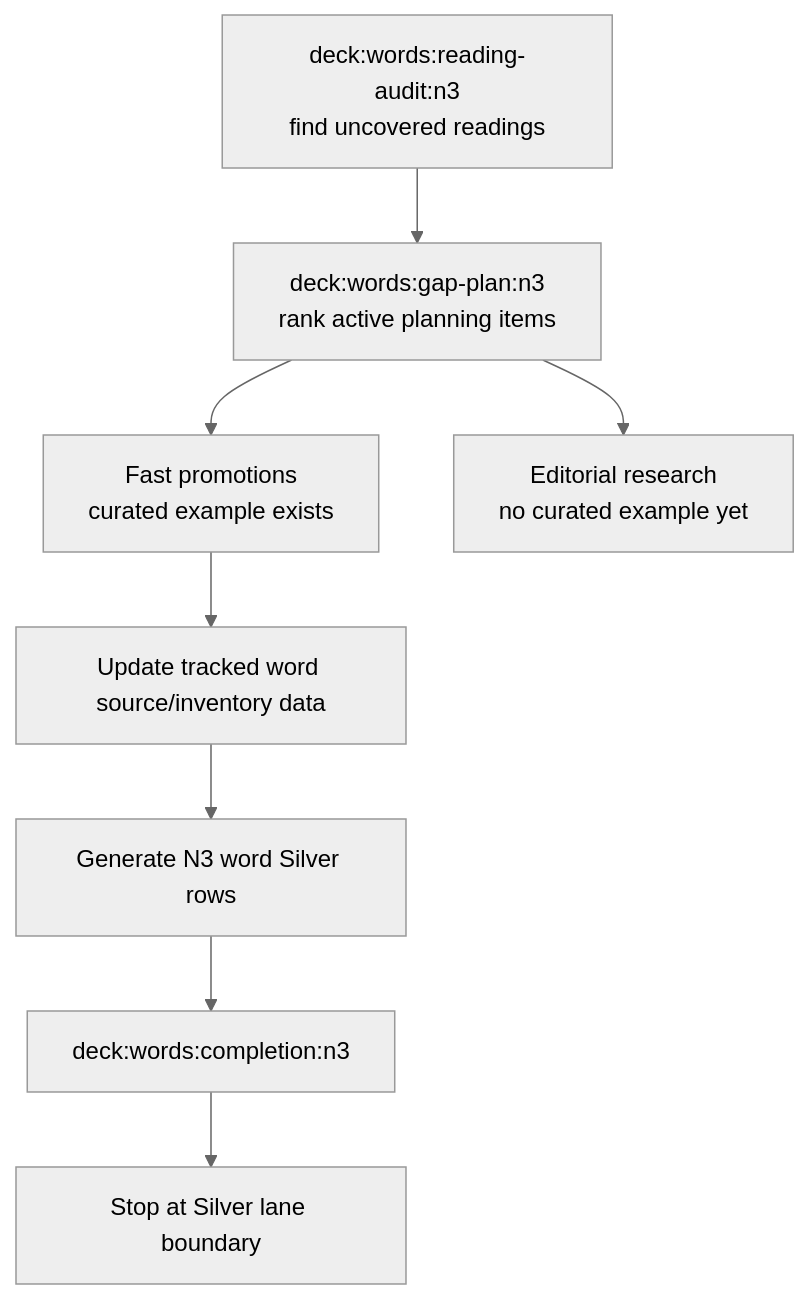
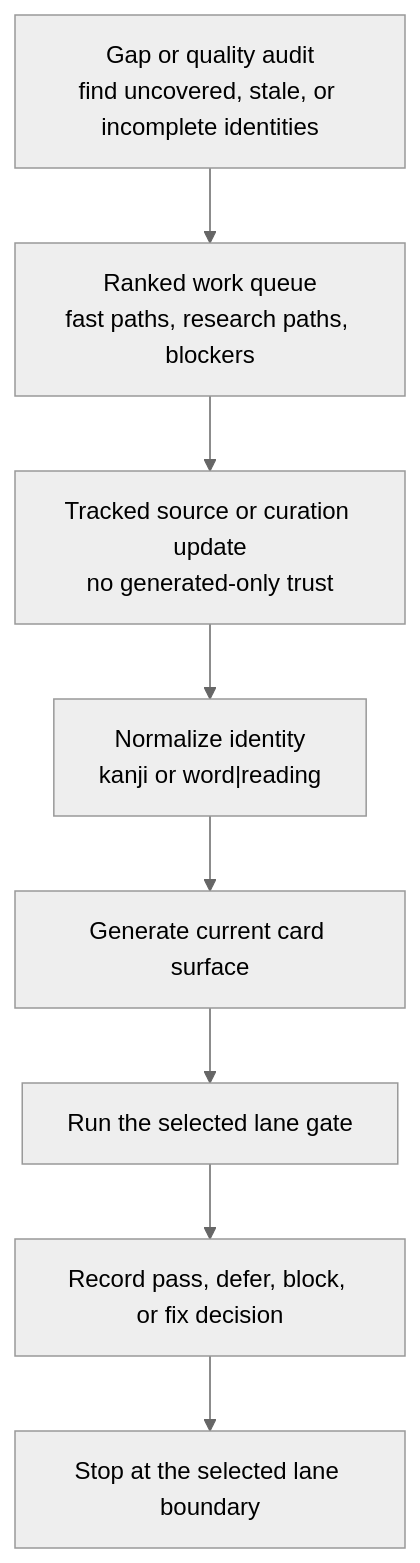
One commit to JeremiahM18/japanese-kanji-anki-builder changed the fifth of 6 diagrams in docs/system-architecture.md. Above: the diagram before and after it, drawn with Mermaid (neutral theme). The commit also changed other lines of this file and 1 other file, not shown here.

````diff
--- a/docs/system-architecture.md
+++ b/docs/system-architecture.md
@@ -159,10 +149,10 @@
 ```mermaid
 flowchart TD
-    Audit["deck:words:reading-audit:n3<br/>find uncovered readings"] --> Plan["deck:words:gap-plan:n3<br/>rank active planning items"]
-    Plan --> Fast["Fast promotions<br/>curated example exists"]
-    Plan --> Research["Editorial research<br/>no curated example yet"]
-    Fast --> SourceData["Update tracked word source/inventory data"]
-    SourceData --> BuildRows["Generate N3 word Silver rows"]
-    BuildRows --> Completion["deck:words:completion:n3"]
-    Completion --> Stop["Stop at Silver lane boundary"]
+    Audit["Gap or quality audit<br/>find uncovered, stale, or incomplete identities"] --> Plan["Ranked work queue<br/>fast paths, research paths, blockers"]
+    Plan --> Evidence["Tracked source or curation update<br/>no generated-only trust"]
+    Evidence --> Normalize["Normalize identity<br/>kanji or word|reading"]
+    Normalize --> Generate["Generate current card surface"]
+    Generate --> Gate["Run the selected lane gate"]
+    Gate --> Record["Record pass, defer, block, or fix decision"]
+    Record --> Boundary["Stop at the selected lane boundary"]
 ```
````
